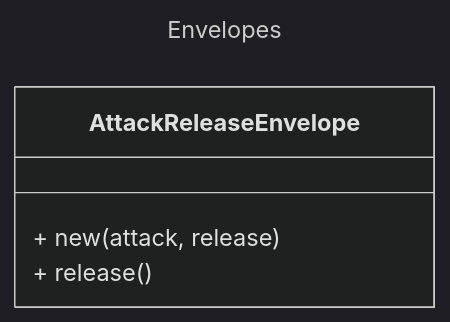
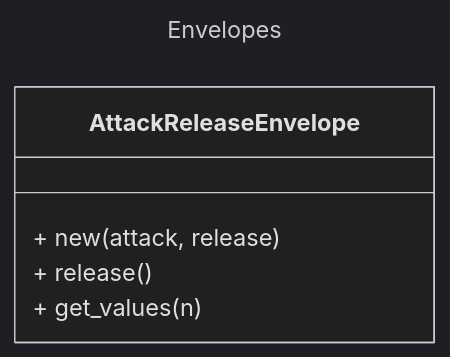
One commit to stefano-rasi/Synth changed the third of 5 diagrams in README.md. Above: the diagram before and after it, drawn with Mermaid (dark theme).

````diff
--- a/README.md
+++ b/README.md
@@ -37,10 +37,11 @@
 ```mermaid
 ---
 title: Envelopes
 ---
 classDiagram
   class AttackReleaseEnvelope {
     + new(attack, release)
     + release()
+    + get_values(n)
   }
 ```
````
